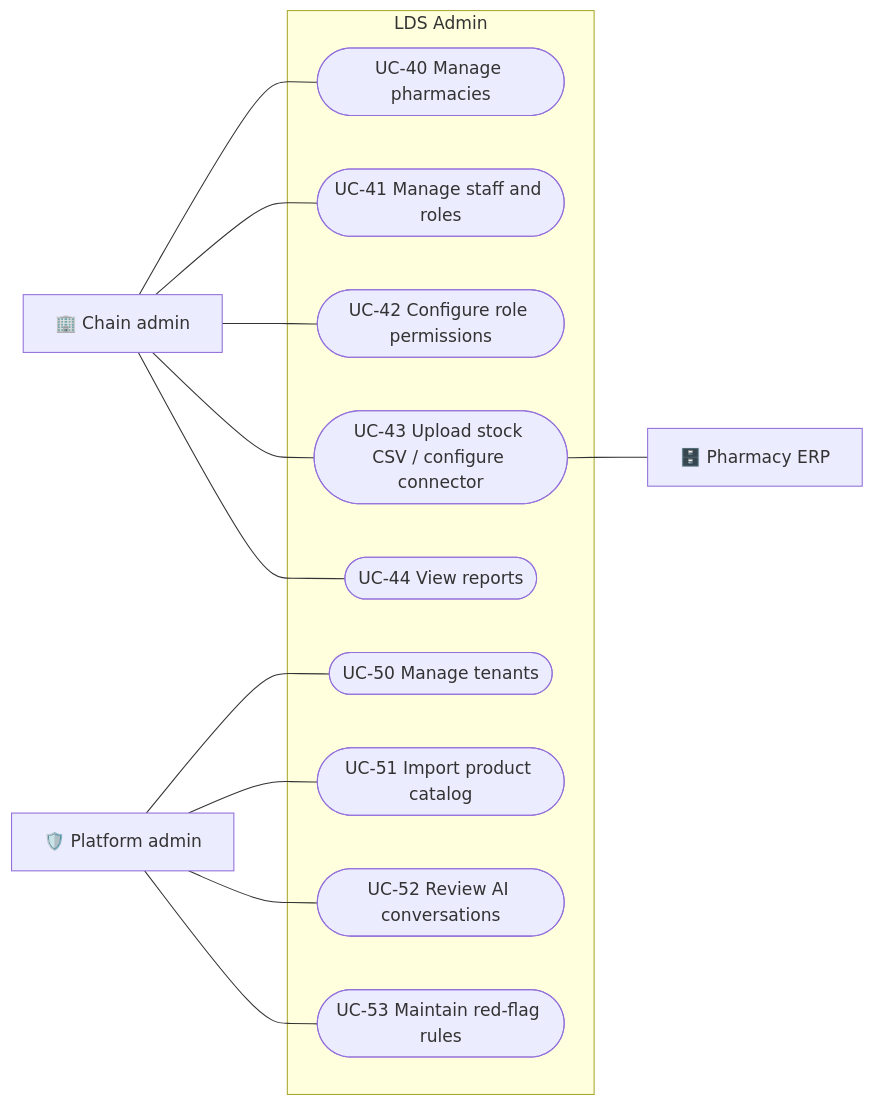
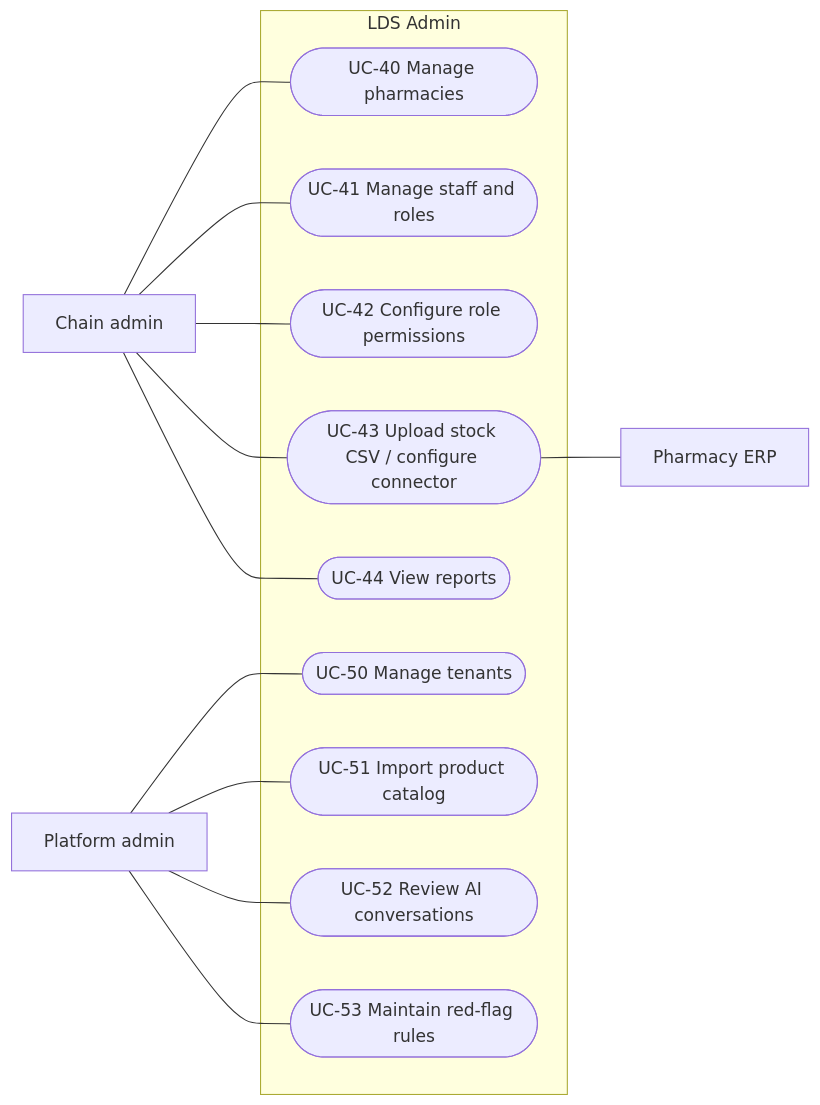
Before and after one commit to MehaiIulian/medical-localdistributionsystem: the third of 3 diagrams in docs/04-use-cases.md, drawn with Mermaid. The commit also changed other lines of this file and 10 other files, not shown here.

````diff
--- a/docs/04-use-cases.md
+++ b/docs/04-use-cases.md
@@ -130,30 +130,30 @@
 ```mermaid
 flowchart LR
-    CA[🏢 Chain admin]
-    PA[🛡️ Platform admin]
+    CA[Chain admin]
+    PA[Platform admin]
 
     subgraph ADMIN["LDS Admin"]
         A1([UC-40 Manage pharmacies])
         A2([UC-41 Manage staff and roles])
         A3([UC-42 Configure role permissions])
         A4([UC-43 Upload stock CSV / configure connector])
         A5([UC-44 View reports])
         A6([UC-50 Manage tenants])
         A7([UC-51 Import product catalog])
         A8([UC-52 Review AI conversations])
         A9([UC-53 Maintain red-flag rules])
     end
 
-    ERP[🗄️ Pharmacy ERP]
+    ERP[Pharmacy ERP]
 
     CA --- A1
     CA --- A2
     CA --- A3
     CA --- A4
     CA --- A5
     PA --- A6
     PA --- A7
     PA --- A8
     PA --- A9
     A4 --- ERP
 ```
````
